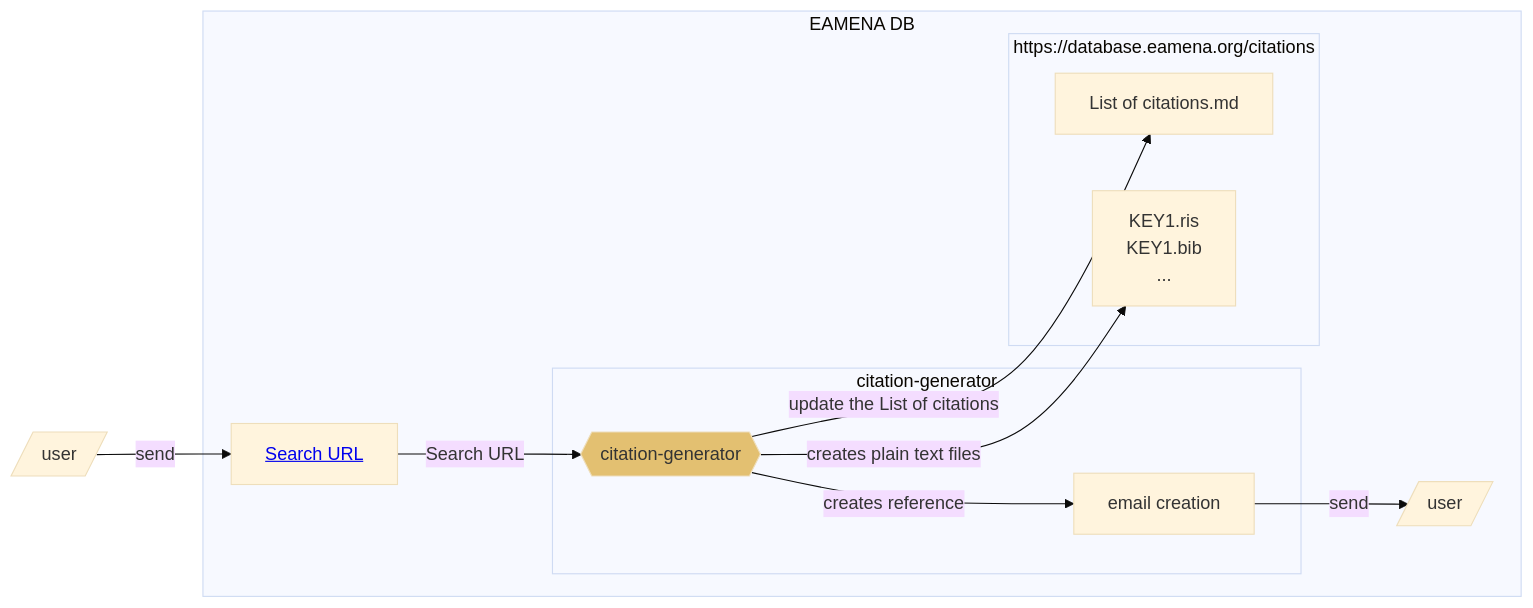
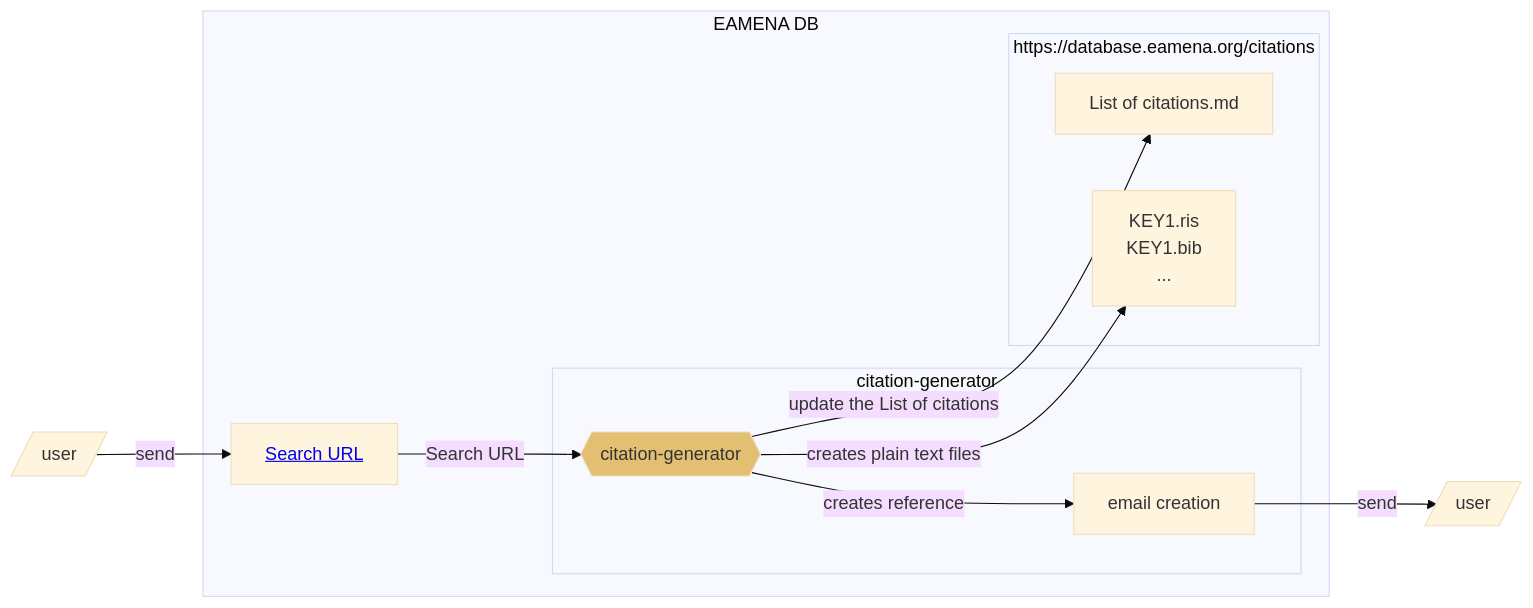
One commit to eamena-project/eamena-arches-dev changed the second of 2 diagrams in data/bibref/README.md. Above: the diagram before and after it, drawn with Mermaid (base theme).

````diff
--- a/data/bibref/README.md
+++ b/data/bibref/README.md
@@ -37,16 +37,16 @@
 ```mermaid
 flowchart LR
 	U[/user/] -- send --> A[<a href='https://github.com/eamena-project/eamena-arches-dev/blob/main/dbs/database.eamena/docs/notes/Arches%207%20Upgrade.md#splitchunk'>Search URL</a>];
-	subgraph EAMENA DB
-	A --Search URL--> G{{citation-generator}}:::eamenaFunc;
-		subgraph citation-generator
-		G -- creates reference --> H[email creation];
+		subgraph EAMENA DB
+		A --Search URL--> G{{citation-generator}}:::eamenaFunc;
+			subgraph citation-generator
+			G -- creates reference --> H[email creation];
+			end
+		subgraph "https://database.eamena.org/citations"
+		G -- update the List of citations --> I[List of citations.md]
+		G -- creates plain text files --> J[KEY1.ris <br> KEY1.bib <br> ...]
 		end
-	subgraph "https://database.eamena.org/citations"
-	G -- update the List of citations --> I[List of citations.md]
-	G -- creates plain text files --> J[KEY1.ris <br> KEY1.bib <br> ...]
 	end
 	H -- send --> Z[/user/];
-	end
 	classDef eamenaFunc fill:#e3c071;
 ```
````
